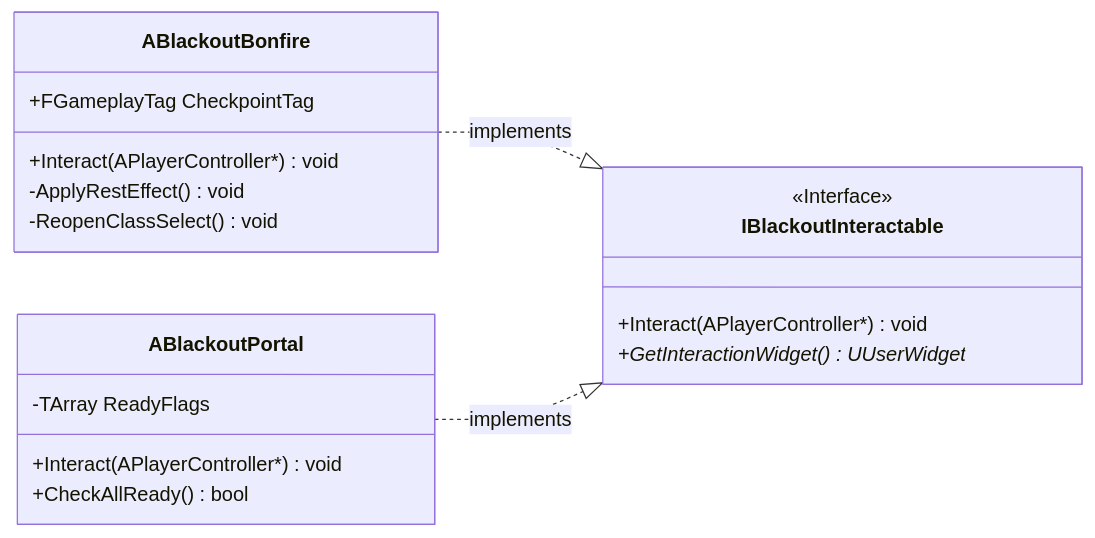
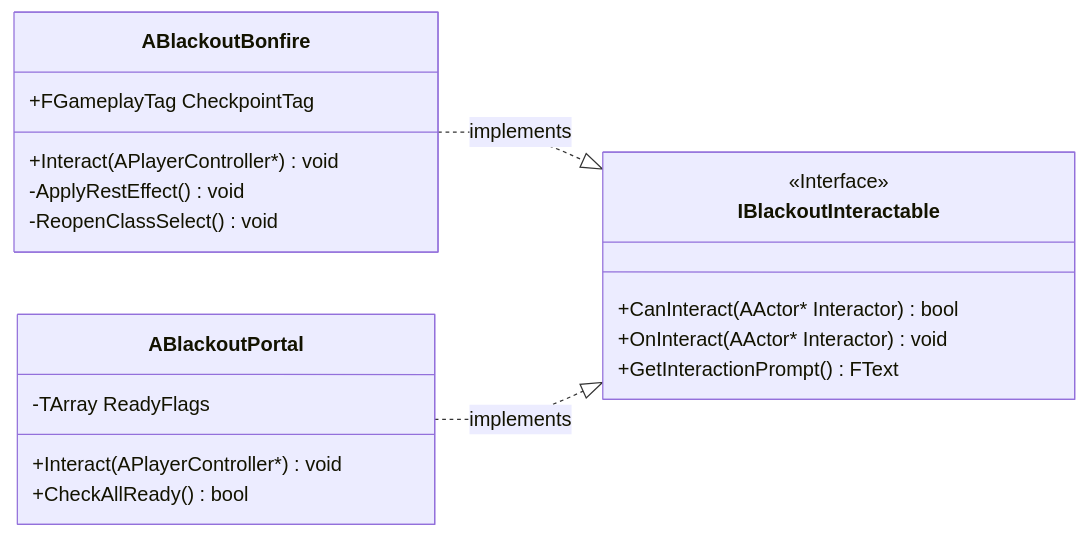
Diagram 13 of 14 in Docs/Project_Blackout_클래스다이어그램.md (seongwon1579/ProjectBlackout), drawn with Mermaid before and after one commit. The commit also changed 2 other files, not shown here.

Commit message:
Docs: 상호작용 프롬프트 다이어그램 갱신
- Docs/UI/01_InGame_HUD_GAS_Binding.md : 프롬프트 위젯, 데이터, 인터페이스 관계 및 시퀀스 추가

- Docs/UI/UI_클래스다이어그램.md : 인게임 HUD 문서 범위에 상호작용 프롬프트 표시 반영

- Docs/Project_Blackout_클래스다이어그램.md : IBlackoutInteractable 인터페이스 시그니처 최신화

````diff
--- a/Docs/Project_Blackout_클래스다이어그램.md
+++ b/Docs/Project_Blackout_클래스다이어그램.md
@@ -662,26 +662,27 @@
 ```mermaid
 classDiagram
     direction LR
 
     class ABlackoutBonfire {
         +FGameplayTag CheckpointTag
         +Interact(APlayerController*) void
         -ApplyRestEffect() void
         -ReopenClassSelect() void
     }
 
     class ABlackoutPortal {
         -TArray ReadyFlags
         +Interact(APlayerController*) void
         +CheckAllReady() bool
     }
 
     class IBlackoutInteractable {
         <<Interface>>
-        +Interact(APlayerController*) void
-        +GetInteractionWidget() UUserWidget*
+        +CanInteract(AActor* Interactor) bool
+        +OnInteract(AActor* Interactor) void
+        +GetInteractionPrompt() FText
     }
 
     ABlackoutBonfire ..|> IBlackoutInteractable : implements
     ABlackoutPortal ..|> IBlackoutInteractable : implements
 ```
````
